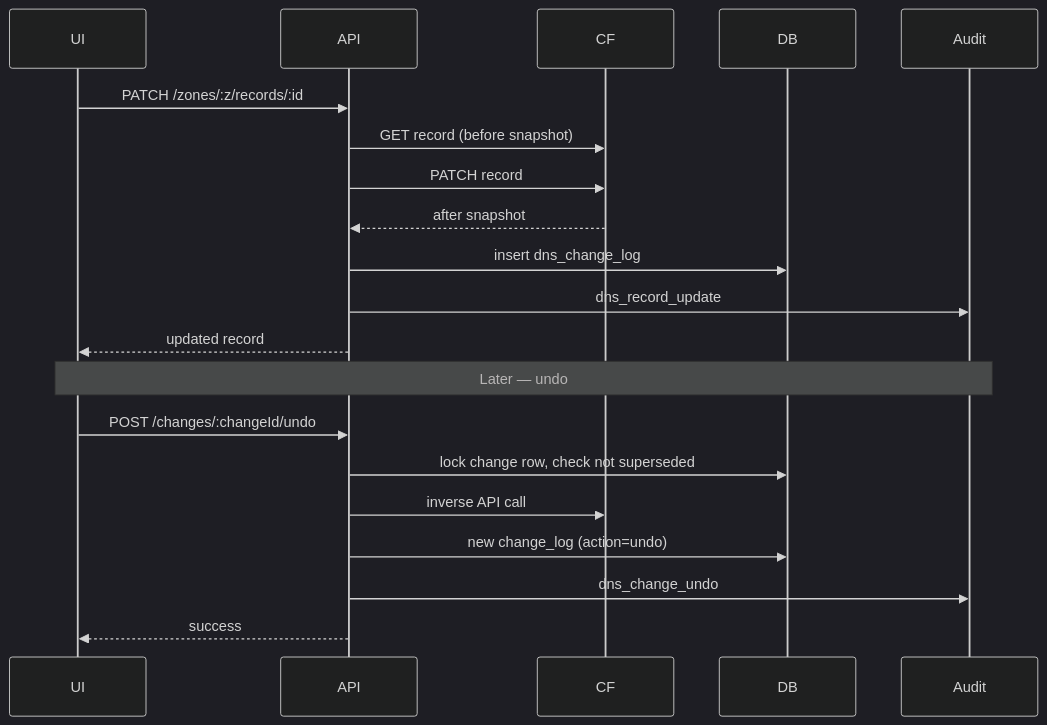
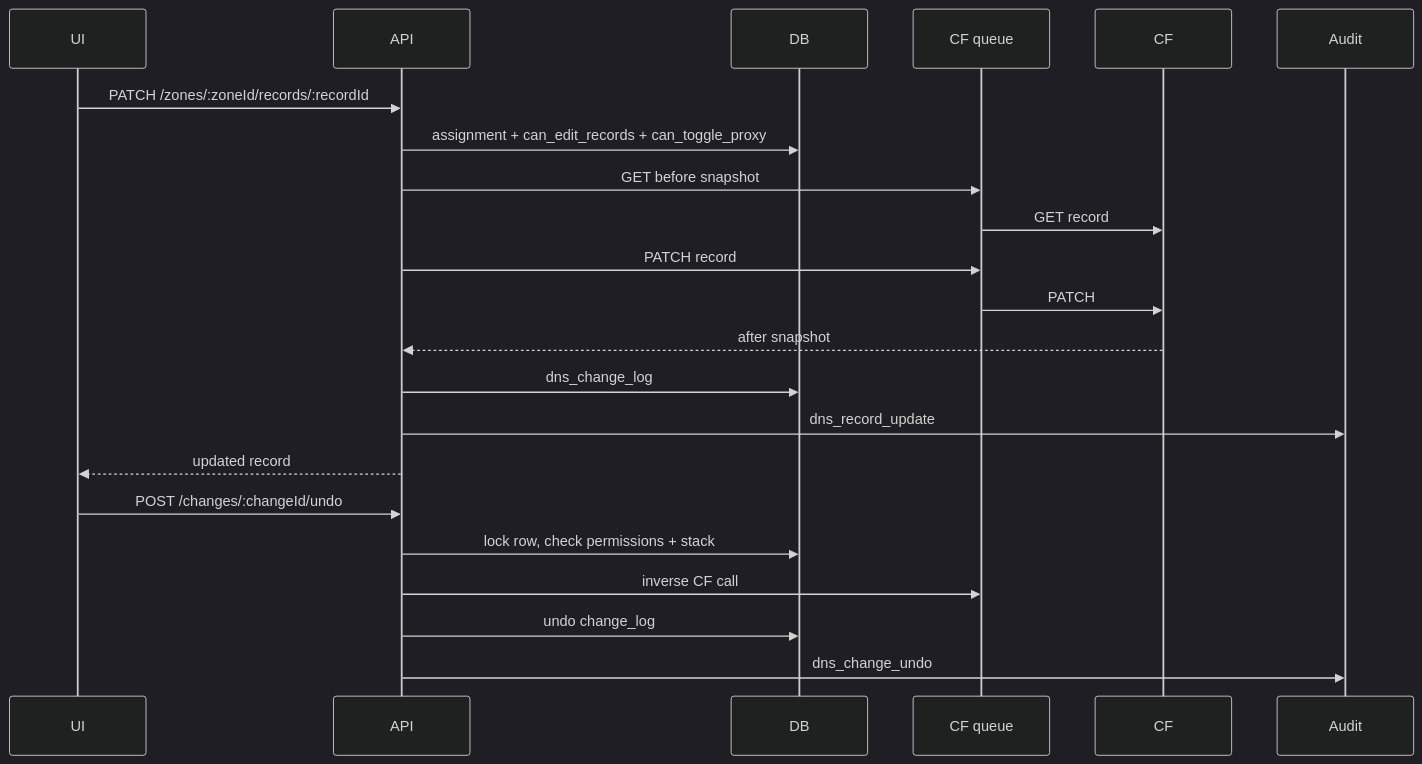
Before and after one commit to jeremymcs/nebula-dns: the third of 4 diagrams in docs/modules/dns-management/FLOW.md, drawn with Mermaid (dark theme). The commit also changed other lines of this file and 2 other files, not shown here.

First line of the commit message:
docs(dns-management): primary MSP-hosted zones on Flux Cloudflare account

````diff
--- a/docs/modules/dns-management/FLOW.md
+++ b/docs/modules/dns-management/FLOW.md
@@ -42,24 +58,26 @@
 ```mermaid
 sequenceDiagram
   participant UI
   participant API
+  participant DB
+  participant Q as CF queue
   participant CF
-  participant DB
   participant Audit
 
-  UI->>API: PATCH /zones/:z/records/:id
-  API->>CF: GET record (before snapshot)
-  API->>CF: PATCH record
+  UI->>API: PATCH /zones/:zoneId/records/:recordId
+  API->>DB: assignment + can_edit_records + can_toggle_proxy
+  API->>Q: GET before snapshot
+  Q->>CF: GET record
+  API->>Q: PATCH record
+  Q->>CF: PATCH
   CF-->>API: after snapshot
-  API->>DB: insert dns_change_log
+  API->>DB: dns_change_log
   API->>Audit: dns_record_update
   API-->>UI: updated record
 
-  Note over UI,Audit: Later — undo
   UI->>API: POST /changes/:changeId/undo
-  API->>DB: lock change row, check not superseded
-  API->>CF: inverse API call
-  API->>DB: new change_log (action=undo)
+  API->>DB: lock row, check permissions + stack
+  API->>Q: inverse CF call
+  API->>DB: undo change_log
   API->>Audit: dns_change_undo
-  API-->>UI: success
 ```
````
